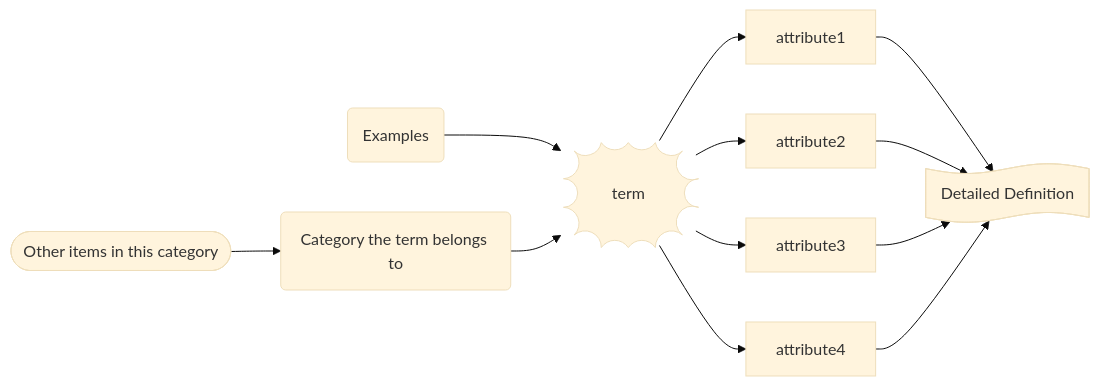
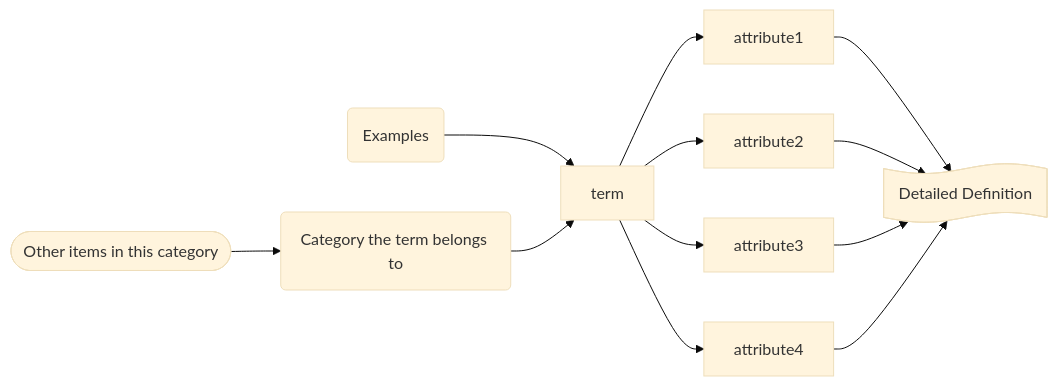
Before and after one commit to gerbssusd/dok: the diagram in slides.md, drawn with Mermaid (base theme).

````diff
--- a/slides.md
+++ b/slides.md
@@ -210,13 +210,13 @@
 ```mermaid
 
 flowchart LR
   e1([Other items in this category])-->b1
   E2(Examples)-->b2
   b1(Category the term belongs to) -->
-      b2@{shape: bang, label: term}
+      b2@{shape: rect, label: term}
      b2 -->d1@{shape: rect, label: attribute1} -->a1
      b2 -->d2[attribute2] -->a1 
      b2 -->d3[attribute3] -->a1 
      b2 -->d4[attribute4] -->a1
      a1@{ shape: flag, label: Detailed Definition}
 ```
````
